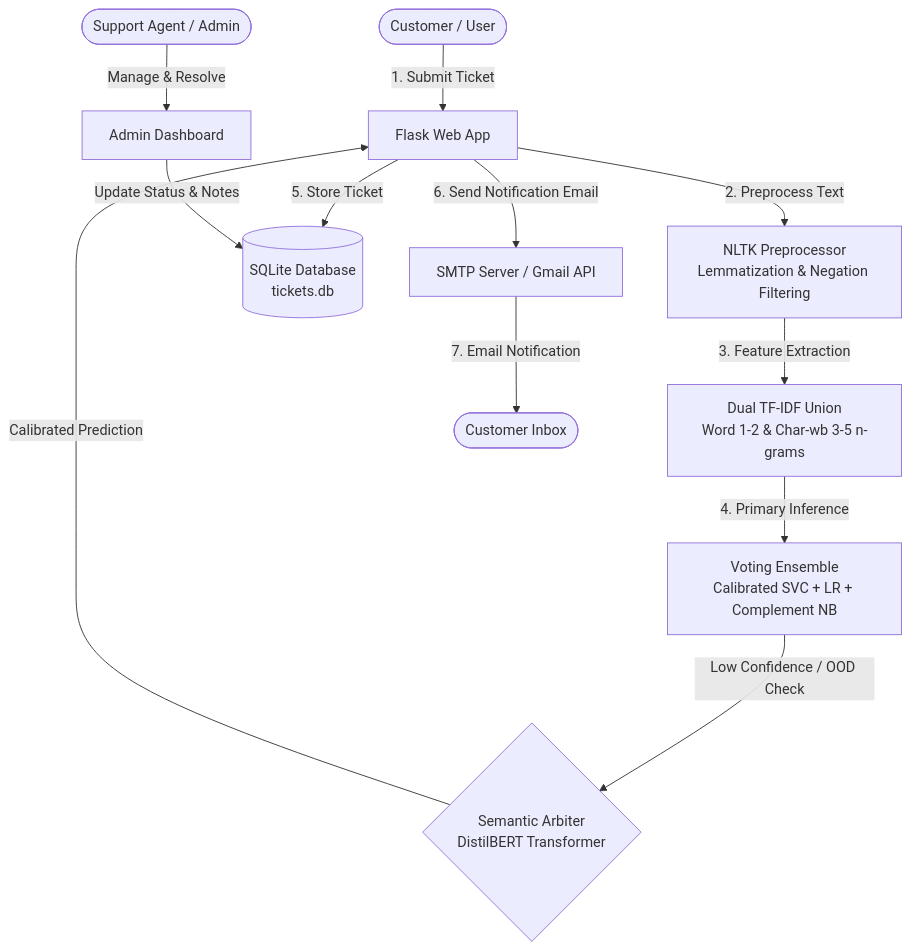
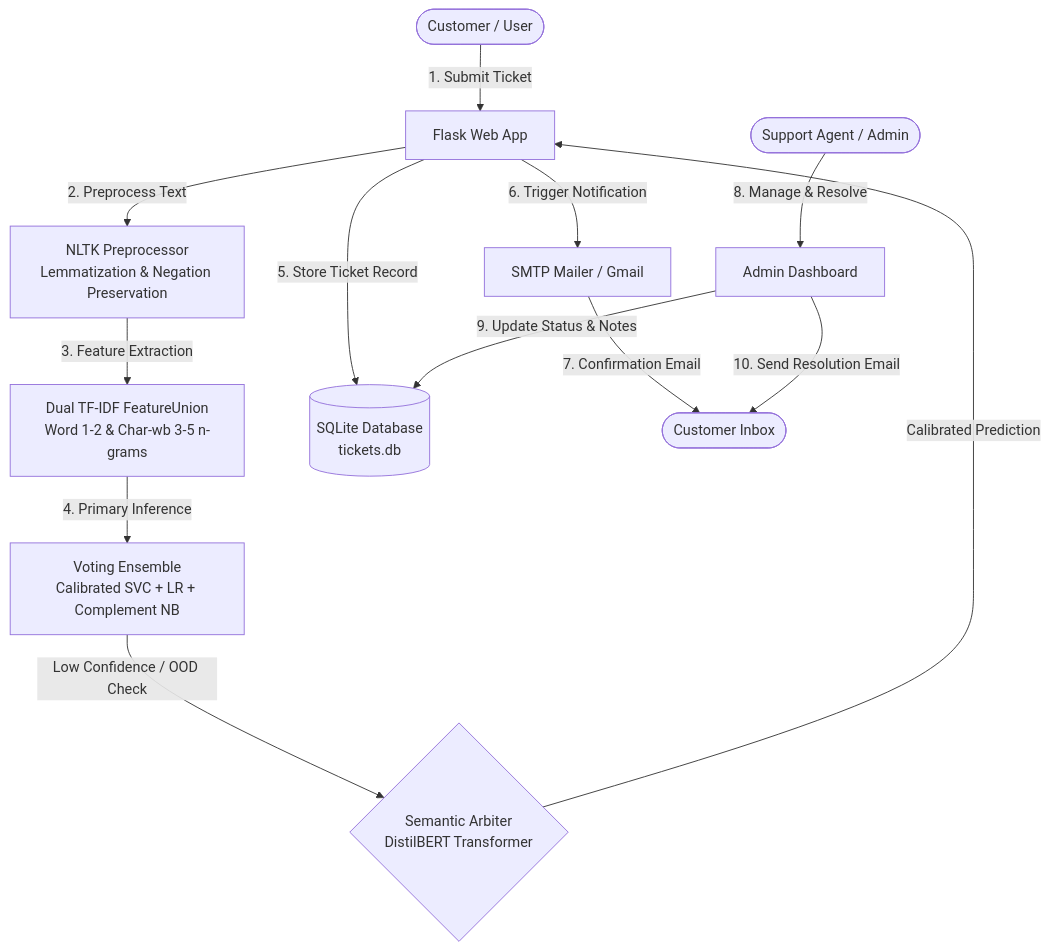
One commit to irfan-shekh/ai_ticket changed the diagram in README.md. Above: the diagram before and after it, drawn with Mermaid. The commit also changed other lines of this file and 2 other files, not shown here.

````diff
--- a/README.md
+++ b/README.md
@@ -59,14 +63,15 @@
 ```mermaid
 graph TD
     User([Customer / User]) -->|1. Submit Ticket| WebUI[Flask Web App]
-    WebUI -->|2. Preprocess Text| Preprocessor[NLTK Preprocessor<br/>Lemmatization & Negation Filtering]
-    Preprocessor -->|3. Feature Extraction| Features[Dual TF-IDF Union<br/>Word 1-2 & Char-wb 3-5 n-grams]
+    WebUI -->|2. Preprocess Text| Preprocessor[NLTK Preprocessor<br/>Lemmatization & Negation Preservation]
+    Preprocessor -->|3. Feature Extraction| Features[Dual TF-IDF FeatureUnion<br/>Word 1-2 & Char-wb 3-5 n-grams]
     Features -->|4. Primary Inference| Ensemble[Voting Ensemble<br/>Calibrated SVC + LR + Complement NB]
     Ensemble -->|Low Confidence / OOD Check| Arbiter{Semantic Arbiter<br/>DistilBERT Transformer}
     Arbiter -->|Calibrated Prediction| WebUI
-    WebUI -->|5. Store Ticket| DB[(SQLite Database<br/>tickets.db)]
-    WebUI -->|6. Send Notification Email| SMTP[SMTP Server / Gmail API]
-    SMTP -->|7. Email Notification| CustomerInbox([Customer Inbox])
-    Admin([Support Agent / Admin]) -->|Manage & Resolve| AdminUI[Admin Dashboard]
-    AdminUI -->|Update Status & Notes| DB
+    WebUI -->|5. Store Ticket Record| DB[(SQLite Database<br/>tickets.db)]
+    WebUI -->|6. Trigger Notification| SMTP[SMTP Mailer / Gmail]
+    SMTP -->|7. Confirmation Email| CustomerInbox([Customer Inbox])
+    Admin([Support Agent / Admin]) -->|8. Manage & Resolve| AdminUI[Admin Dashboard]
+    AdminUI -->|9. Update Status & Notes| DB
+    AdminUI -->|10. Send Resolution Email| CustomerInbox
 ```
````
